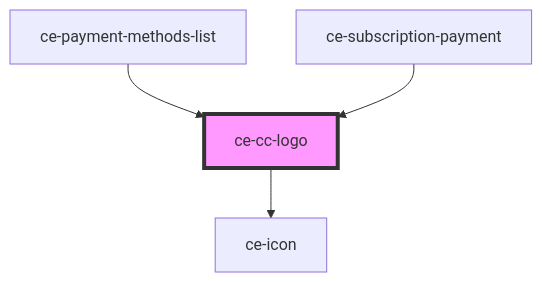
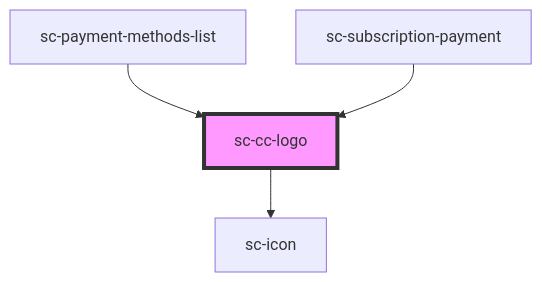
One commit to surecart/surecart-wp-plugin changed the diagram in packages/components/src/components/ui/cc-logo/readme.md. Above: the diagram before and after it, drawn with Mermaid. The commit also changed other lines of this file and 1281 other files, not shown here.

````diff
--- a/packages/components/src/components/ui/cc-logo/readme.md
+++ b/packages/components/src/components/ui/cc-logo/readme.md
@@ -34,7 +34,7 @@
 ```mermaid
 graph TD;
-  ce-cc-logo --> ce-icon
-  ce-payment-methods-list --> ce-cc-logo
-  ce-subscription-payment --> ce-cc-logo
-  style ce-cc-logo fill:#f9f,stroke:#333,stroke-width:4px
+  sc-cc-logo --> sc-icon
+  sc-payment-methods-list --> sc-cc-logo
+  sc-subscription-payment --> sc-cc-logo
+  style sc-cc-logo fill:#f9f,stroke:#333,stroke-width:4px
 ```
````
